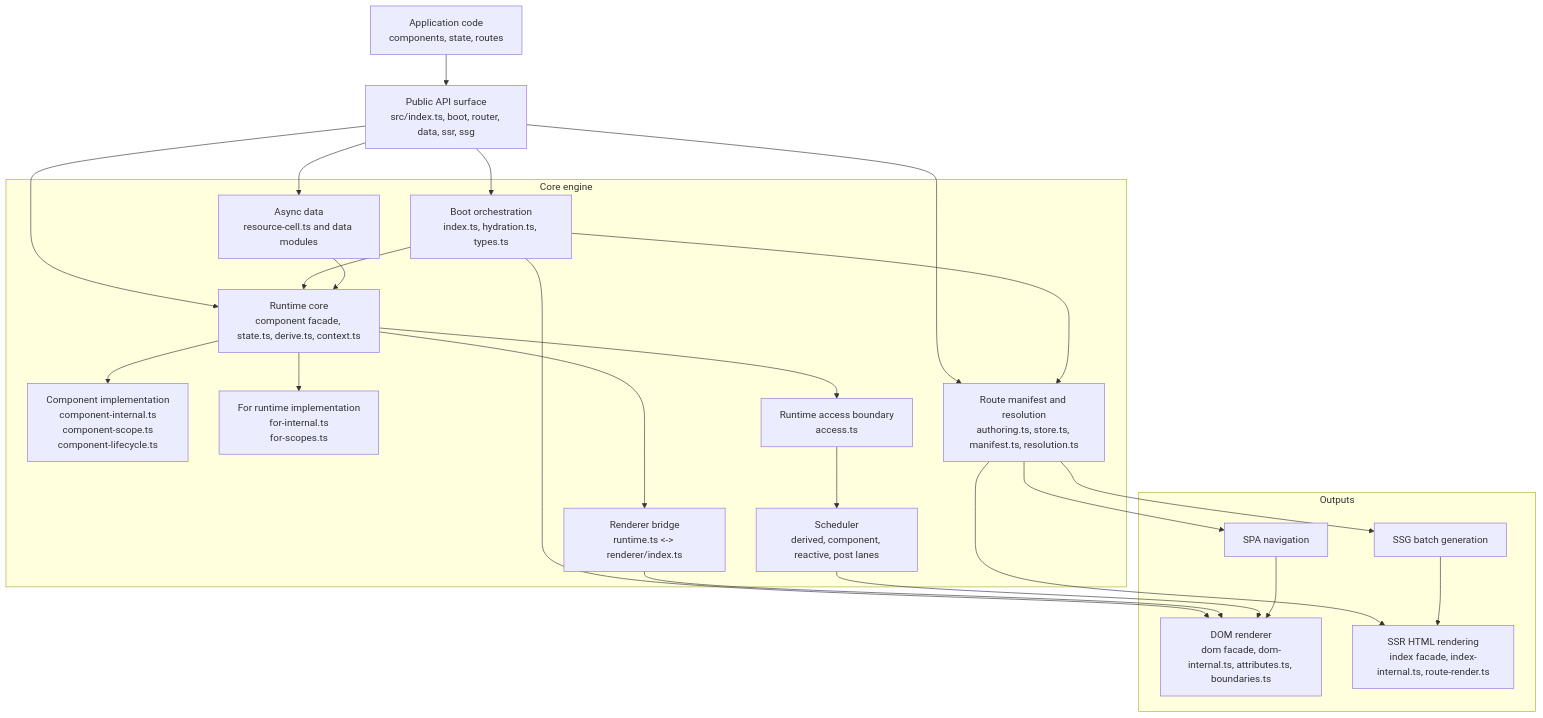
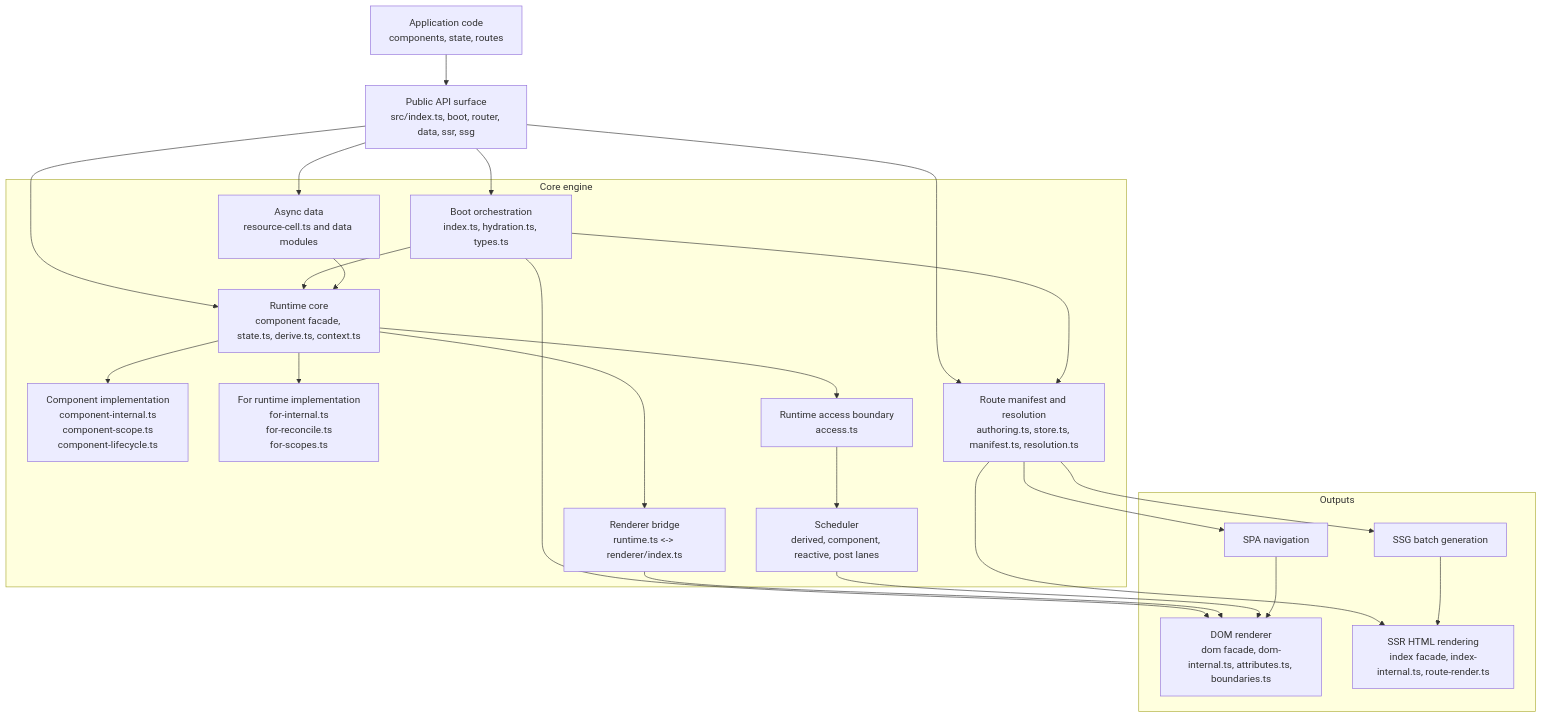
Before and after one commit to askrjs/askr: the first of 2 diagrams in docs/internals/core-engine-design.md, drawn with Mermaid. The commit also changed other lines of this file and 5 other files, not shown here.

````diff
--- a/docs/internals/core-engine-design.md
+++ b/docs/internals/core-engine-design.md
@@ -15,46 +15,46 @@
 ```mermaid
 flowchart TB
   app[Application code<br/>components, state, routes]
   publicApi[Public API surface<br/>src/index.ts, boot, router, data, ssr, ssg]
 
   subgraph engine[Core engine]
     boot[Boot orchestration<br/>index.ts, hydration.ts, types.ts]
     runtime[Runtime core<br/>component facade, state.ts, derive.ts, context.ts]
     componentCore[Component implementation<br/>component-internal.ts<br/>component-scope.ts<br/>component-lifecycle.ts]
-    forCore[For runtime implementation<br/>for-internal.ts<br/>for-scopes.ts]
+    forCore[For runtime implementation<br/>for-internal.ts<br/>for-reconcile.ts<br/>for-scopes.ts]
     runtimeAccess[Runtime access boundary<br/>access.ts]
     scheduler[Scheduler<br/>derived, component, reactive, post lanes]
     rendererBridge[Renderer bridge<br/>runtime.ts <-> renderer/index.ts]
     routerManifest[Route manifest and resolution<br/>authoring.ts, store.ts, manifest.ts, resolution.ts]
     asyncData[Async data<br/>resource-cell.ts and data modules]
   end
 
   subgraph outputs[Outputs]
     dom[DOM renderer<br/>dom facade, dom-internal.ts, attributes.ts, boundaries.ts]
     spa[SPA navigation]
     ssr[SSR HTML rendering<br/>index facade, index-internal.ts, route-render.ts]
     ssg[SSG batch generation]
   end
 
   app --> publicApi
   publicApi --> boot
   publicApi --> runtime
   publicApi --> routerManifest
   publicApi --> asyncData
   boot --> runtime
   boot --> routerManifest
   boot --> dom
   runtime --> runtimeAccess
   runtime --> componentCore
   runtime --> forCore
   runtimeAccess --> scheduler
   runtime --> rendererBridge
   asyncData --> runtime
   routerManifest --> spa
   routerManifest --> ssr
   routerManifest --> ssg
   rendererBridge --> dom
   scheduler --> dom
   spa --> dom
   ssg --> ssr
 ```
````
